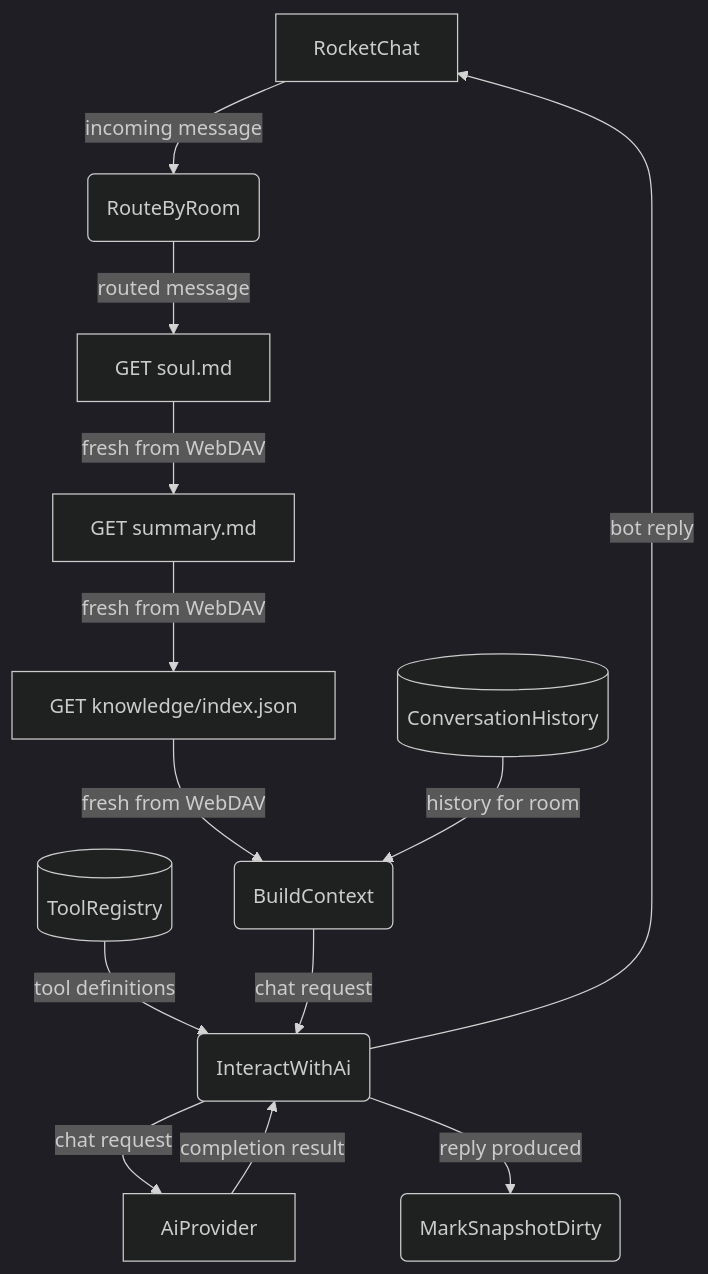
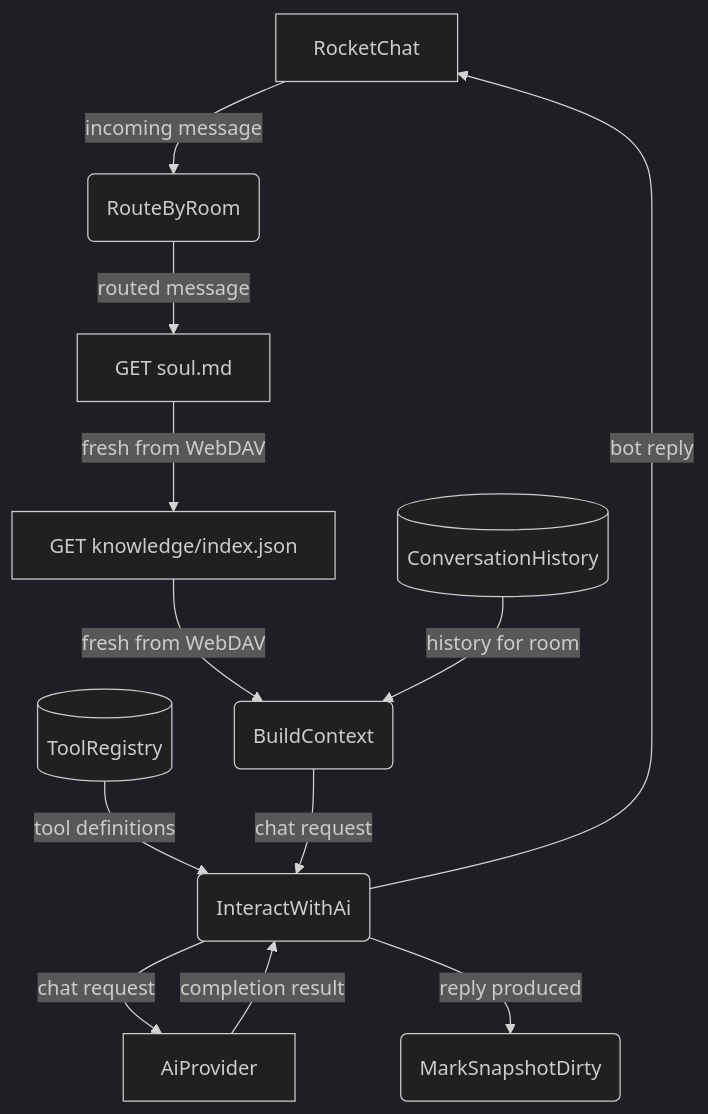
One commit to cosmoswafer/rockbot changed the first of 10 diagrams in _dfd/agent/agent-harness.md. Above: the diagram before and after it, drawn with Mermaid (dark theme). The commit also changed other lines of this file and 19 other files, not shown here.

````diff
--- a/_dfd/agent/agent-harness.md
+++ b/_dfd/agent/agent-harness.md
@@ -45,27 +45,25 @@
 ```mermaid
 flowchart TD
     RC[RocketChat]
     ROUTE(RouteByRoom)
     SOUL["GET soul.md"]
-    SUMMARY["GET summary.md"]
     KNOWLEDGE["GET knowledge/index.json"]
     CTX(BuildContext)
     MEM[(ConversationHistory)]
     TOOLS_DEF[(ToolRegistry)]
     INTERACT(InteractWithAi)
     AI[AiProvider]
     MRK_DIRTY(MarkSnapshotDirty)
 
     RC -->|"incoming message"| ROUTE
     ROUTE -->|"routed message"| SOUL
-    SOUL -->|"fresh from WebDAV"| SUMMARY
-    SUMMARY -->|"fresh from WebDAV"| KNOWLEDGE
+    SOUL -->|"fresh from WebDAV"| KNOWLEDGE
     KNOWLEDGE -->|"fresh from WebDAV"| CTX
     MEM -->|"history for room"| CTX
     TOOLS_DEF -->|"tool definitions"| INTERACT
     CTX -->|"chat request"| INTERACT
     INTERACT -->|"chat request"| AI
     AI -->|"completion result"| INTERACT
     INTERACT -->|"bot reply"| RC
     INTERACT -->|"reply produced"| MRK_DIRTY
 ```
````
